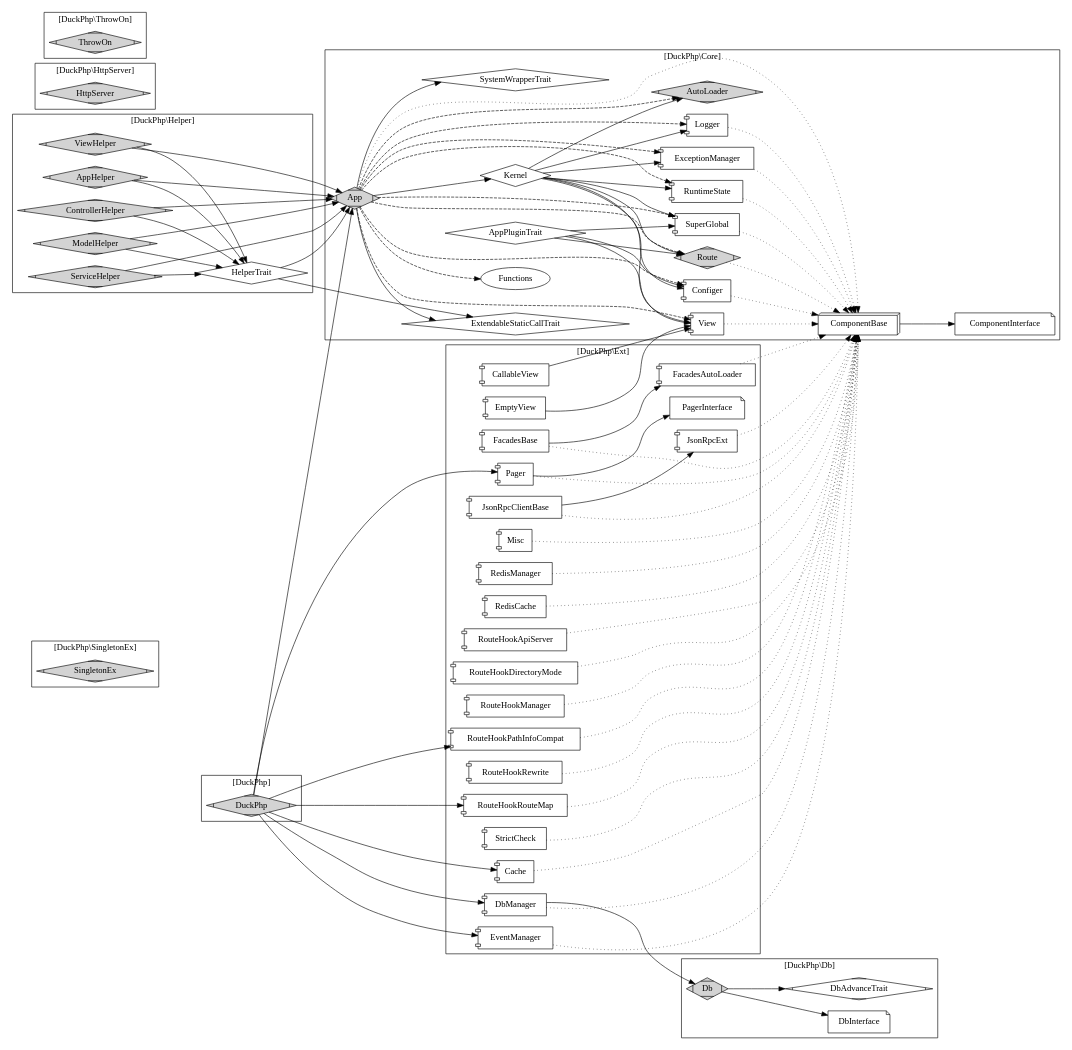
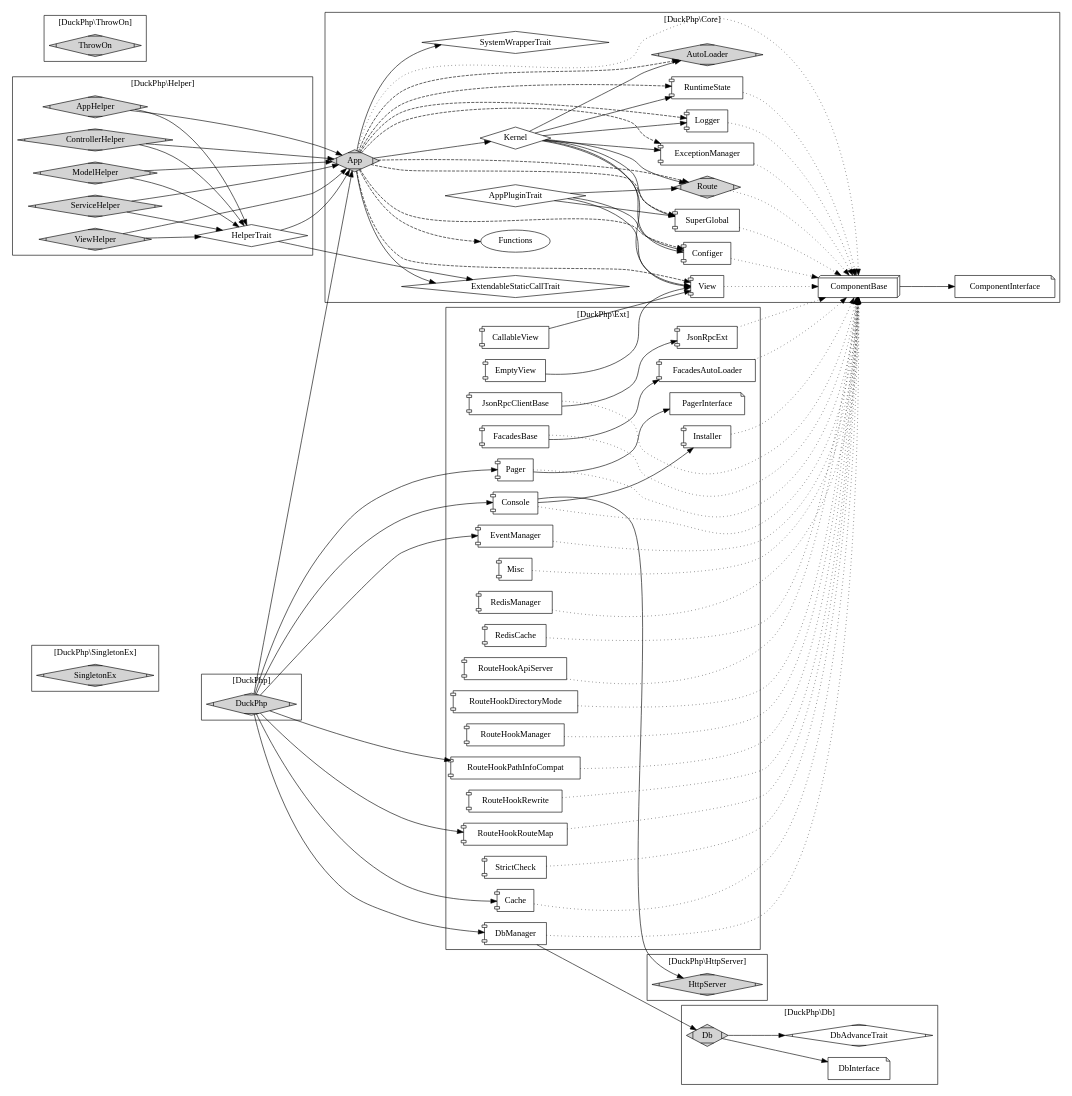
Before and after one commit to dvaknheo/duckphp: the diagram in doc/duckphp.gv, drawn with Graphviz. The commit also changed 11 other files, not shown here.

```diff
--- a/doc/duckphp.gv
+++ b/doc/duckphp.gv
@@ -112,17 +112,24 @@
     Db_Db -> Db_DbAdvanceTrait;
     Db_Db -> Db_DbInterface;
 }
+subgraph cluster_HttpServer {
+    label = "[DuckPhp\\HttpServer]";
+
+    HttpServer [label="HttpServer";shape=Mdiamond;style=filled];
+}
 
 subgraph cluster_Ext {
     label = "[DuckPhp\\Ext]";
 
     Cache[shape="component"];
     CallableView[shape="component"];
+    Console[shape="component"];
     DbManager[shape="component"];
     EmptyView[shape="component"];
     EventManager[shape="component"];
     FacadesAutoLoader[shape="component"];
     FacadesBase [shape="component"];
+    Installer [shape="component"];
     JsonRpcClientBase [shape="component"];
     JsonRpcExt[shape="component"];
     Misc[shape="component"];
@@ -139,9 +146,11 @@
     StrictCheck[shape="component"];
 
     Cache -> Core_ComponentBase [style="dotted"];
+    Console -> Core_ComponentBase [style="dotted"];
     DbManager -> Core_ComponentBase [style="dotted"];
     EventManager -> Core_ComponentBase [style="dotted"];
     FacadesAutoLoader -> Core_ComponentBase [style="dotted"];
+    Installer -> Core_ComponentBase [style="dotted"];
     JsonRpcExt -> Core_ComponentBase [style="dotted"];
     Misc -> Core_ComponentBase [style="dotted"];
     Pager -> Core_ComponentBase [style="dotted"];
@@ -156,8 +165,11 @@
     StrictCheck -> Core_ComponentBase [style="dotted"];
     
     
-    CallableView ->Core_View; 
-    EmptyView ->Core_View;
+    CallableView ->Core_View;
+    Console -> Installer; 
+    Console -> HttpServer; 
+
+    EmptyView -> Core_View;
     DbManager -> Db_Db;
     FacadesBase -> FacadesAutoLoader;
     FacadesBase -> Core_ComponentBase [style="dotted"];
@@ -179,15 +191,11 @@
     DuckPhp -> EventManager;
     DuckPhp -> RouteHookPathInfoCompat;
     DuckPhp -> Cache;
+    DuckPhp -> Console;
 
     DuckPhp [shape=Mdiamond];
 }
 
-subgraph cluster_HttpServer {
-    label = "[DuckPhp\\HttpServer]";
-
-    HttpServer [label="HttpServer";shape=Mdiamond;style=filled];
-}
 
 subgraph cluster_ThrowOn {
     label = "[DuckPhp\\ThrowOn]";
```
